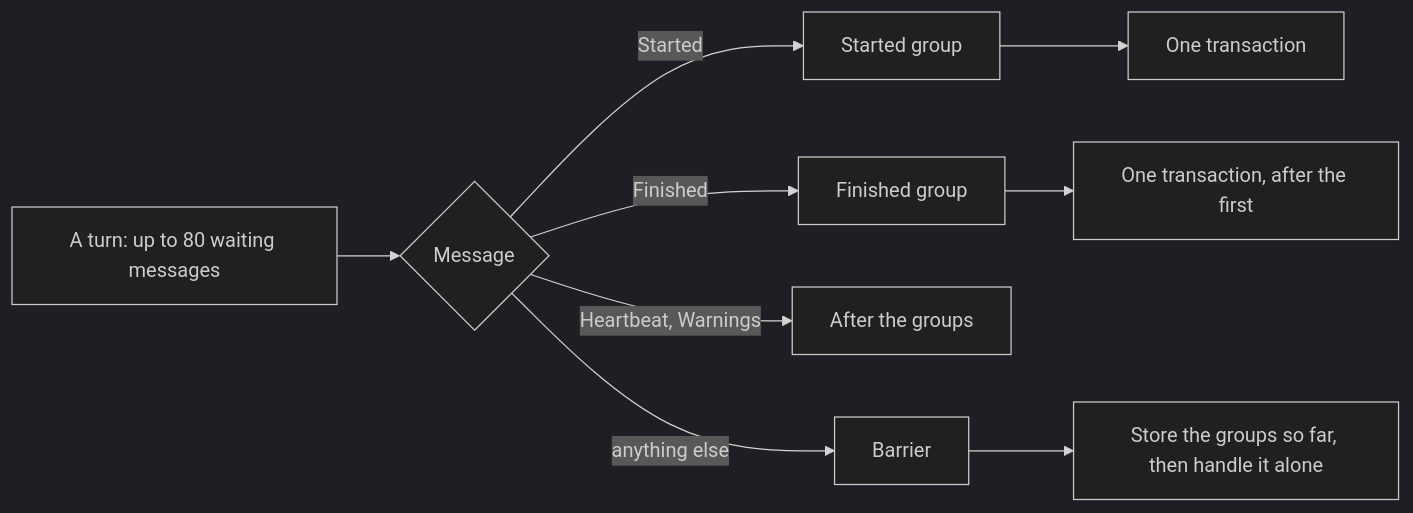
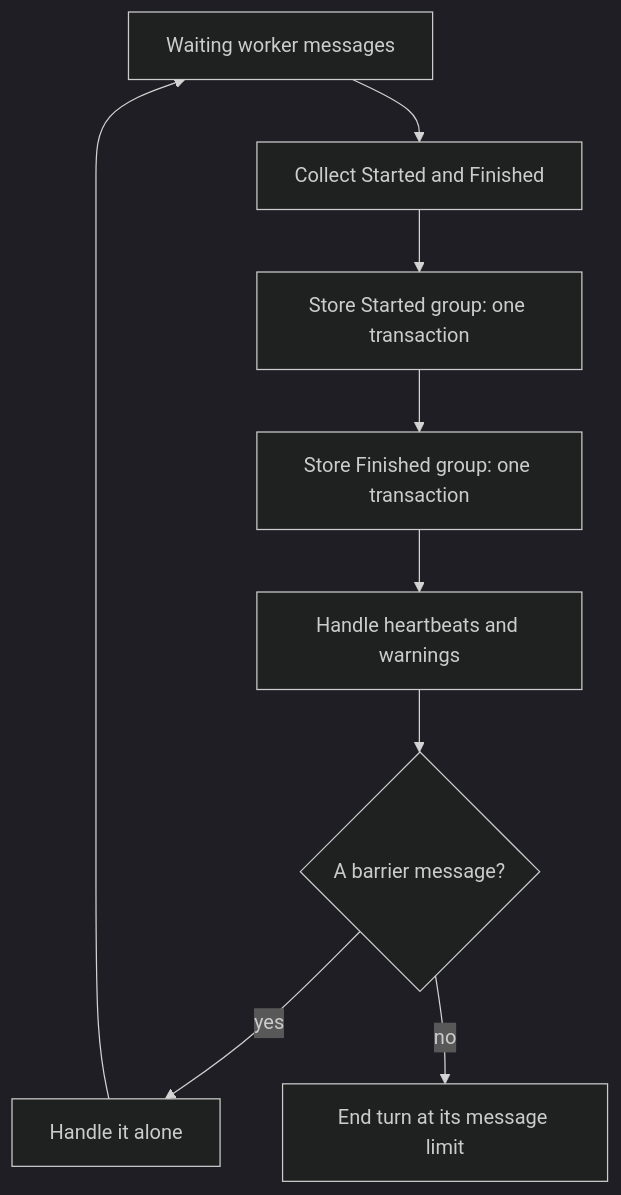
Before and after one commit to ptutak/schedr: the first of 2 diagrams in docs/03-guide/04-master.md, drawn with Mermaid (dark theme). The commit also changed other lines of this file and 9 other files, not shown here.

````diff
--- a/docs/03-guide/04-master.md
+++ b/docs/03-guide/04-master.md
@@ -298,11 +320,11 @@
-```{mermaid}
-flowchart LR
-    turn[A turn: up to 80 waiting messages] --> sort{Message}
-    sort -->|Started| startGroup[Started group]
-    sort -->|Finished| finishGroup[Finished group]
-    sort -->|Heartbeat, Warnings| after[After the groups]
-    sort -->|anything else| barrier[Barrier]
-    barrier --> flush[Store the groups so far, then handle it alone]
-    startGroup --> tx1[One transaction]
-    finishGroup --> tx2[One transaction, after the first]
+```mermaid
+flowchart TD
+    messages["Waiting worker messages"] --> group["Collect Started and Finished"]
+    group --> starts["Store Started group: one transaction"]
+    starts --> finishes["Store Finished group: one transaction"]
+    finishes --> after["Handle heartbeats and warnings"]
+    after --> barrier{"A barrier message?"}
+    barrier -->|yes| alone["Handle it alone"]
+    alone --> messages
+    barrier -->|no| done["End turn at its message limit"]
 ```
````
